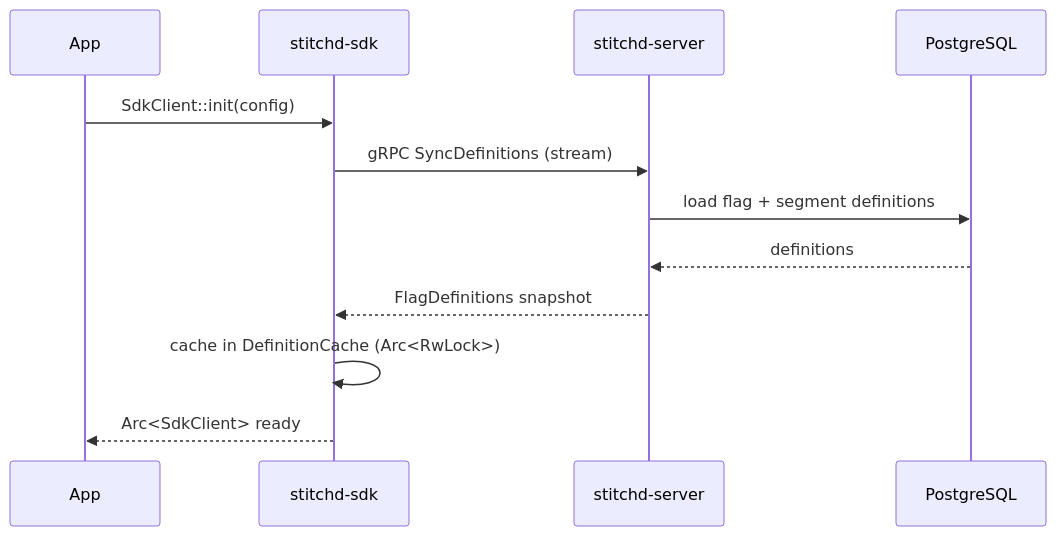
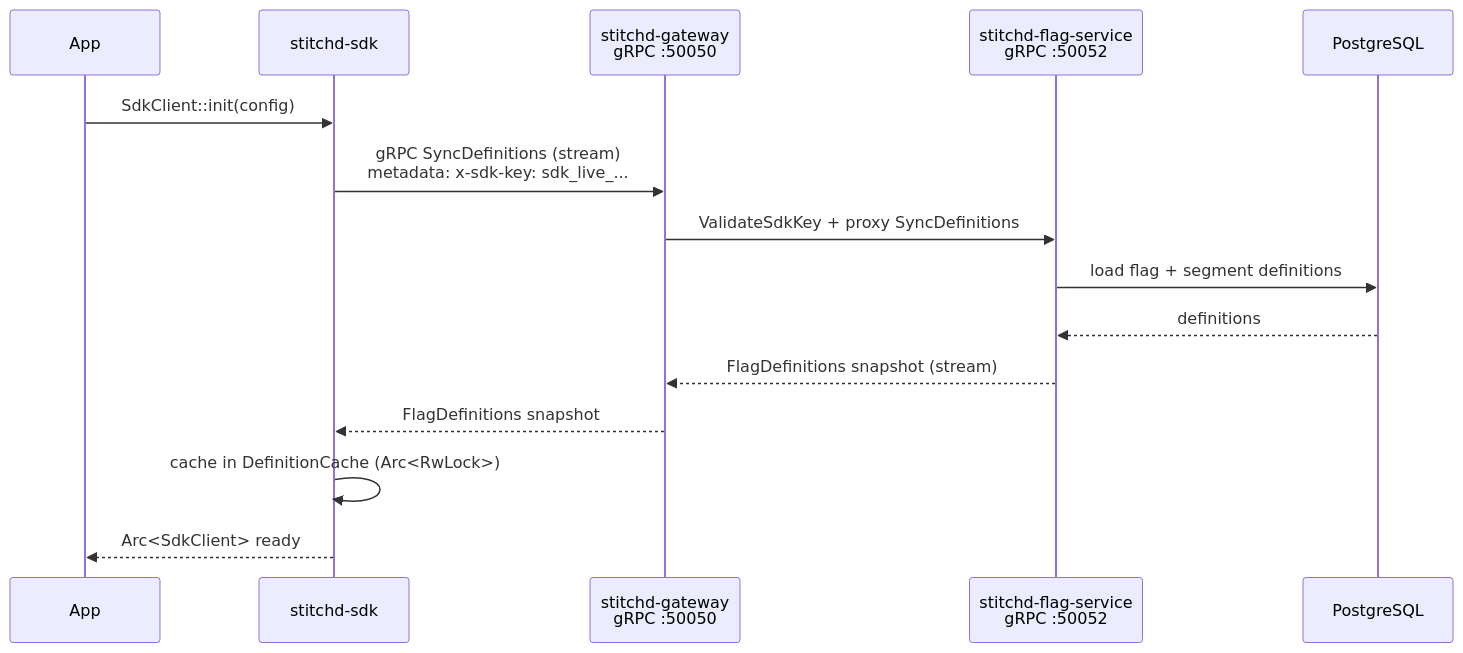
Before and after one commit to stitchd-dev/feature-flag: the first of 2 diagrams in docs/src/architecture/evaluation-flow.md, drawn with Mermaid. The commit also changed other lines of this file and 15 other files, not shown here.

First line of the commit message:
docs: align README and mdBook architecture with microservices layout

````diff
--- a/docs/src/architecture/evaluation-flow.md
+++ b/docs/src/architecture/evaluation-flow.md
@@ -8,15 +8,18 @@
 ```mermaid
 sequenceDiagram
     participant App
     participant SDK as stitchd-sdk
-    participant Server as stitchd-server
+    participant GW as stitchd-gateway<br/>gRPC :50050
+    participant FS as stitchd-flag-service<br/>gRPC :50052
     participant PG as PostgreSQL
 
     App->>SDK: SdkClient::init(config)
-    SDK->>Server: gRPC SyncDefinitions (stream)
-    Server->>PG: load flag + segment definitions
-    PG-->>Server: definitions
-    Server-->>SDK: FlagDefinitions snapshot
+    SDK->>GW: gRPC SyncDefinitions (stream)<br/>metadata: x-sdk-key: sdk_live_...
+    GW->>FS: ValidateSdkKey + proxy SyncDefinitions
+    FS->>PG: load flag + segment definitions
+    PG-->>FS: definitions
+    FS-->>GW: FlagDefinitions snapshot (stream)
+    GW-->>SDK: FlagDefinitions snapshot
     SDK->>SDK: cache in DefinitionCache (Arc<RwLock>)
     SDK-->>App: Arc<SdkClient> ready
 ```
````
